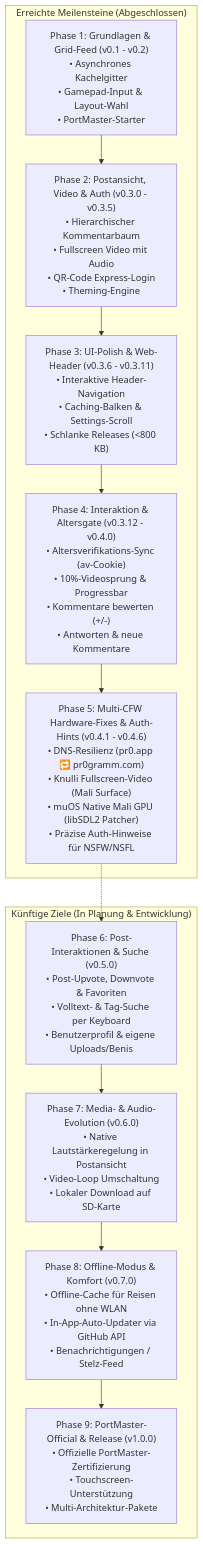
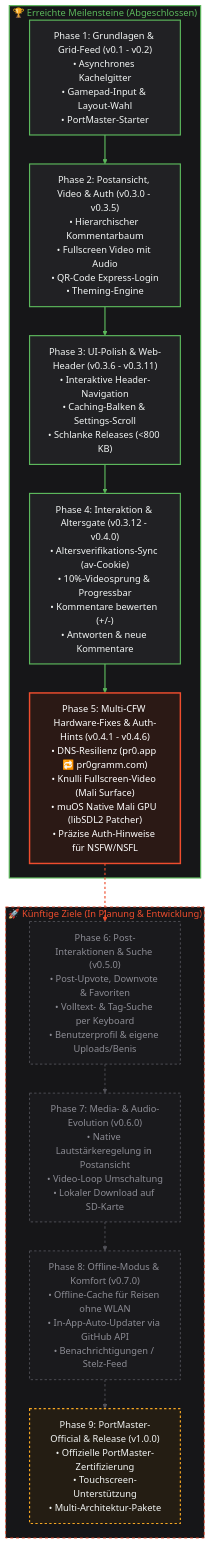
The diagram in ROADMAP.md (slickor/pr0-retroconsole), drawn with Mermaid before and after one commit. The commit also changed 1 other file, not shown here.

Commit message:
Docs: Mermaid-Roadmap auf GitHub in authentischen pr0gramm-Farben gestaltet

````diff
--- a/ROADMAP.md
+++ b/ROADMAP.md
@@ -9,19 +9,60 @@
 ```mermaid
+%%{init: {
+  'theme': 'base',
+  'themeVariables': {
+    'darkMode': true,
+    'background': '#161618',
+    'mainBkg': '#212124',
+    'textColor': '#f2f5f4',
+    'lineColor': '#ee4d2e',
+    'primaryColor': '#212124',
+    'primaryTextColor': '#f2f5f4',
+    'primaryBorderColor': '#ee4d2e',
+    'secondaryColor': '#1c1c1f',
+    'secondaryTextColor': '#f2f5f4',
+    'secondaryBorderColor': '#303036',
+    'tertiaryColor': '#161618',
+    'tertiaryTextColor': '#8c8c94',
+    'tertiaryBorderColor': '#55555c',
+    'fontSize': '14px',
+    'fontFamily': 'Inter, system-ui, sans-serif'
+  }
+}%%
 flowchart TD
-    subgraph Erreichte_Meilensteine["Erreichte Meilensteine (Abgeschlossen)"]
+    subgraph Erreichte_Meilensteine["🏆 Erreichte Meilensteine (Abgeschlossen)"]
         P1["Phase 1: Grundlagen & Grid-Feed (v0.1 - v0.2)<br/>• Asynchrones Kachelgitter<br/>• Gamepad-Input & Layout-Wahl<br/>• PortMaster-Starter"]
         P2["Phase 2: Postansicht, Video & Auth (v0.3.0 - v0.3.5)<br/>• Hierarchischer Kommentarbaum<br/>• Fullscreen Video mit Audio<br/>• QR-Code Express-Login<br/>• Theming-Engine"]
         P3["Phase 3: UI-Polish & Web-Header (v0.3.6 - v0.3.11)<br/>• Interaktive Header-Navigation<br/>• Caching-Balken & Settings-Scroll<br/>• Schlanke Releases (<800 KB)"]
         P4["Phase 4: Interaktion & Altersgate (v0.3.12 - v0.4.0)<br/>• Altersverifikations-Sync (av-Cookie)<br/>• 10%-Videosprung & Progressbar<br/>• Kommentare bewerten (+/-)<br/>• Antworten & neue Kommentare"]
         P5["Phase 5: Multi-CFW Hardware-Fixes & Auth-Hints (v0.4.1 - v0.4.6)<br/>• DNS-Resilienz (pr0.app 🔁 pr0gramm.com)<br/>• Knulli Fullscreen-Video (Mali Surface)<br/>• muOS Native Mali GPU (libSDL2 Patcher)<br/>• Präzise Auth-Hinweise für NSFW/NSFL"]
         P1 --> P2 --> P3 --> P4 --> P5
     end
 
-    subgraph Kuenftige_Ziele["Künftige Ziele (In Planung & Entwicklung)"]
+    subgraph Kuenftige_Ziele["🚀 Künftige Ziele (In Planung & Entwicklung)"]
         P6["Phase 6: Post-Interaktionen & Suche (v0.5.0)<br/>• Post-Upvote, Downvote & Favoriten<br/>• Volltext- & Tag-Suche per Keyboard<br/>• Benutzerprofil & eigene Uploads/Benis"]
         P7["Phase 7: Media- & Audio-Evolution (v0.6.0)<br/>• Native Lautstärkeregelung in Postansicht<br/>• Video-Loop Umschaltung<br/>• Lokaler Download auf SD-Karte"]
         P8["Phase 8: Offline-Modus & Komfort (v0.7.0)<br/>• Offline-Cache für Reisen ohne WLAN<br/>• In-App-Auto-Updater via GitHub API<br/>• Benachrichtigungen / Stelz-Feed"]
         P9["Phase 9: PortMaster-Official & Release (v1.0.0)<br/>• Offizielle PortMaster-Zertifizierung<br/>• Touchscreen-Unterstützung<br/>• Multi-Architektur-Pakete"]
         P5 -.-> P6 --> P7 --> P8 --> P9
     end
+
+    %% Klassen-Definitionen in original pr0gramm-Farben
+    classDef doneNode fill:#212124,stroke:#5cb85c,stroke-width:2px,color:#f2f5f4;
+    classDef currentPhase fill:#2b1915,stroke:#ee4d2e,stroke-width:2.5px,color:#ffffff;
+    classDef futureNode fill:#1a1a1d,stroke:#55555c,stroke-width:1.5px,stroke-dasharray: 4 4,color:#8c8c94;
+    classDef goldNode fill:#241d13,stroke:#f5a623,stroke-width:2px,stroke-dasharray: 4 4,color:#f2f5f4;
+
+    class P1,P2,P3,P4 doneNode;
+    class P5 currentPhase;
+    class P6,P7,P8 futureNode;
+    class P9 goldNode;
+
+    %% Subgraph Styling
+    style Erreichte_Meilensteine fill:#161618,stroke:#5cb85c,stroke-width:2px,color:#5cb85c;
+    style Kuenftige_Ziele fill:#161618,stroke:#ee4d2e,stroke-width:1.5px,stroke-dasharray: 5 5,color:#ee4d2e;
+
+    %% Pfeil-Verbindungen
+    linkStyle 0,1,2,3 stroke:#5cb85c,stroke-width:2px;
+    linkStyle 4 stroke:#ee4d2e,stroke-width:2px,stroke-dasharray: 4 4;
+    linkStyle 5,6,7 stroke:#55555c,stroke-width:1.5px,stroke-dasharray: 4 4;
 ```
````
